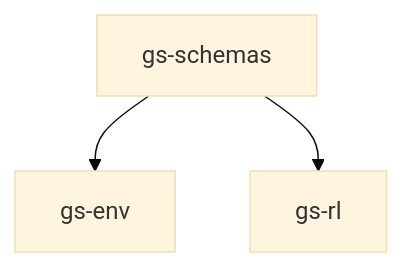
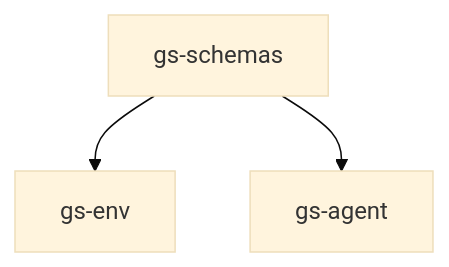
Before and after one commit to ziyanx02/GenesisPlayground: the diagram in README.md, drawn with Mermaid (base theme). The commit also changed other lines of this file and 15 other files, not shown here.

````diff
--- a/README.md
+++ b/README.md
@@ -7,5 +7,5 @@
 ```mermaid
 graph TD
     A[gs-schemas] --> B[gs-env]
-    A --> C[gs-rl]
+    A --> C[gs-agent]
 ```
````
